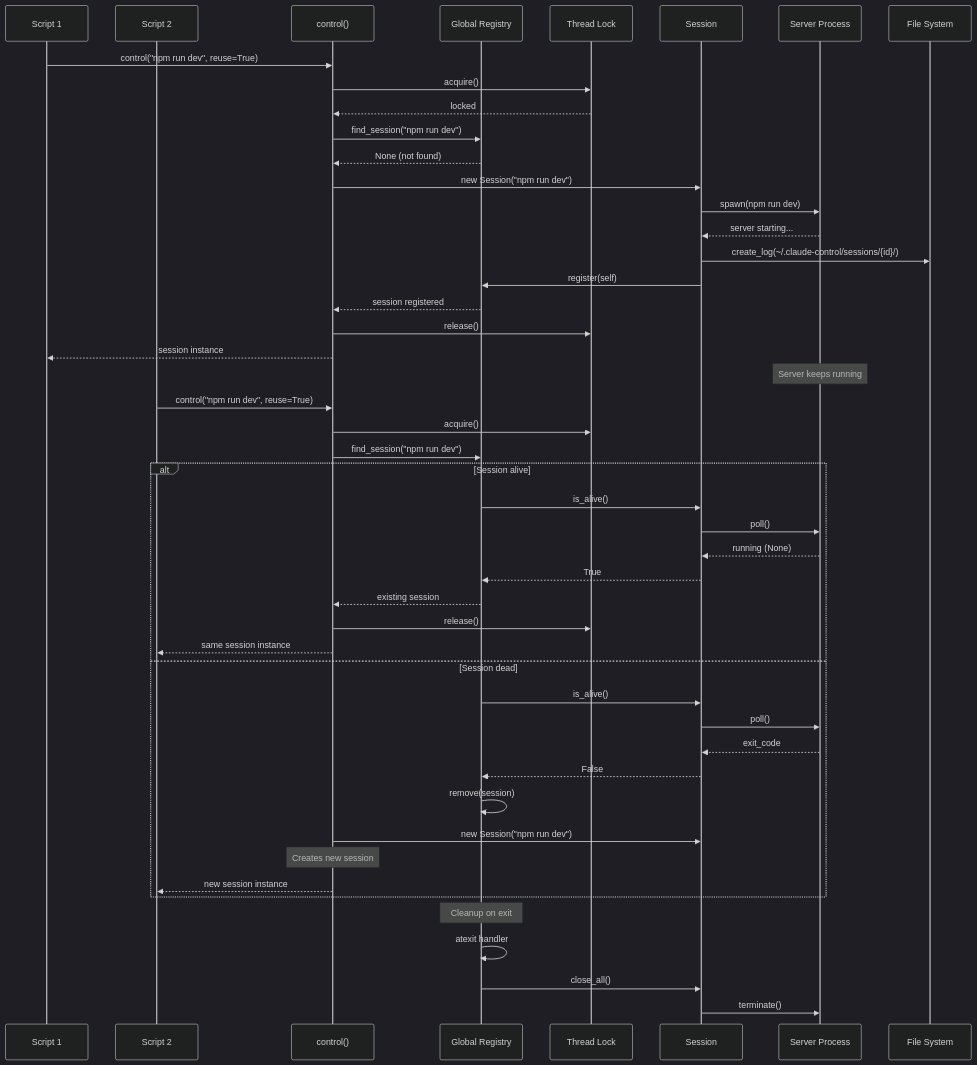
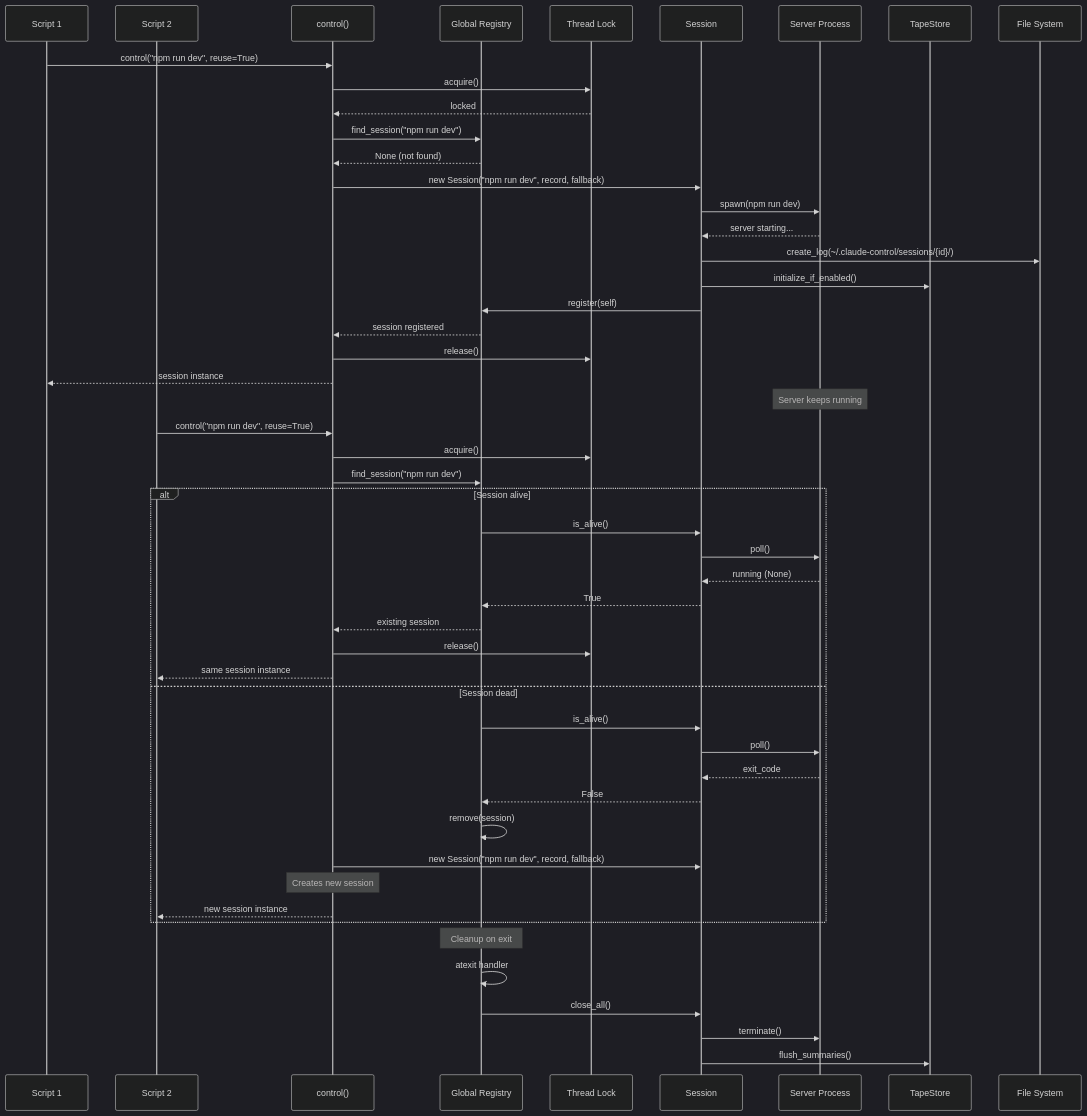
One commit to jimmc414/claude_control changed the seventh of 12 diagrams in sequence_diagrams.md. Above: the diagram before and after it, drawn with Mermaid (dark theme). The commit also changed other lines of this file, not shown here.

Commit message:
Update sequence diagrams for record and replay

````diff
--- a/sequence_diagrams.md
+++ b/sequence_diagrams.md
@@ -83,58 +297,61 @@
 ```mermaid
 sequenceDiagram
     participant User1 as Script 1
     participant User2 as Script 2
     participant Control as control()
     participant Registry as Global Registry
     participant Lock as Thread Lock
     participant Session
     participant Process as Server Process
+    participant Store as TapeStore
     participant FS as File System
 
     User1->>Control: control("npm run dev", reuse=True)
     Control->>Lock: acquire()
     Lock-->>Control: locked
-    
+
     Control->>Registry: find_session("npm run dev")
     Registry-->>Control: None (not found)
-    
-    Control->>Session: new Session("npm run dev")
+
+    Control->>Session: new Session("npm run dev", record, fallback)
     Session->>Process: spawn(npm run dev)
     Process-->>Session: server starting...
     Session->>FS: create_log(~/.claude-control/sessions/{id}/)
+    Session->>Store: initialize_if_enabled()
     Session->>Registry: register(self)
     Registry-->>Control: session registered
-    
+
     Control->>Lock: release()
     Control-->>User1: session instance
-    
+
     Note over Process: Server keeps running
-    
+
     User2->>Control: control("npm run dev", reuse=True)
     Control->>Lock: acquire()
     Control->>Registry: find_session("npm run dev")
-    
+
     alt Session alive
         Registry->>Session: is_alive()
         Session->>Process: poll()
         Process-->>Session: running (None)
         Session-->>Registry: True
         Registry-->>Control: existing session
         Control->>Lock: release()
         Control-->>User2: same session instance
     else Session dead
         Registry->>Session: is_alive()
         Session->>Process: poll()
         Process-->>Session: exit_code
         Session-->>Registry: False
         Registry->>Registry: remove(session)
-        Control->>Session: new Session("npm run dev")
+        Control->>Session: new Session("npm run dev", record, fallback)
         Note over Control: Creates new session
         Control-->>User2: new session instance
     end
 
     Note over Registry: Cleanup on exit
     Registry->>Registry: atexit handler
     Registry->>Session: close_all()
     Session->>Process: terminate()
+    Session->>Store: flush_summaries()
 ```
````
